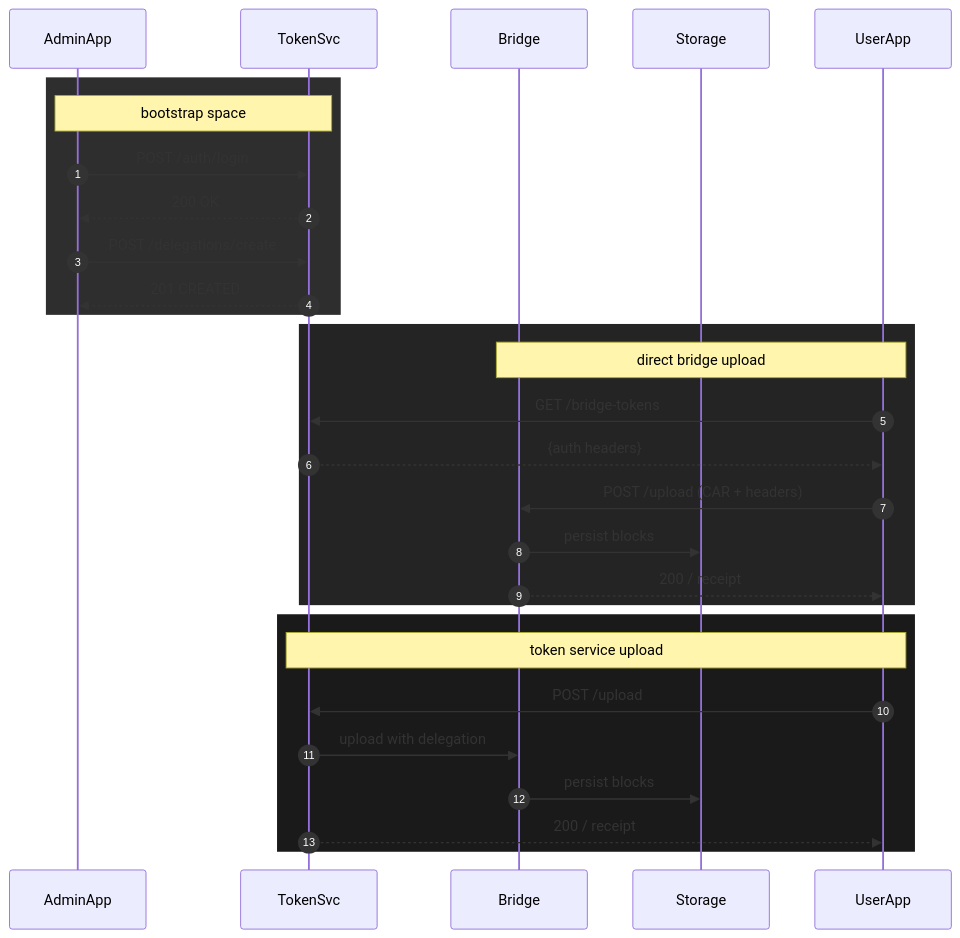
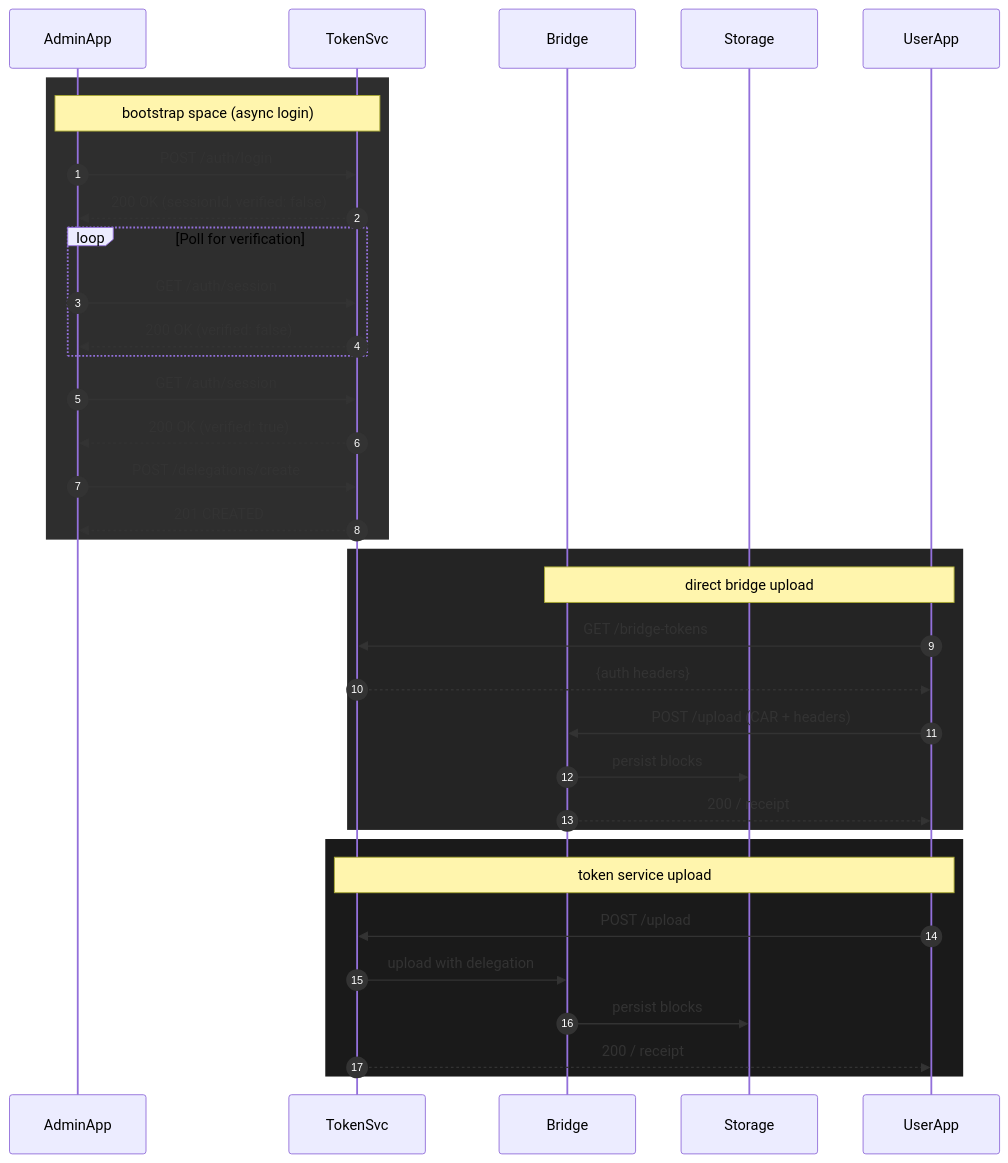
One commit to hyphacoop/save-storacha changed the second of 2 diagrams in README.md. Above: the diagram before and after it, drawn with Mermaid. The commit also changed other lines of this file, not shown here.

Commit message:
Clarify API documentation for asynchronous login process, detailing session verification polling and response structures.

````diff
--- a/README.md
+++ b/README.md
@@ -150,34 +150,43 @@
 ```mermaid
 sequenceDiagram
     autonumber
     participant AdminApp
     participant TokenSvc
     participant Bridge
     participant Storage
     participant UserApp
 
     rect rgb(46,46,46)
-        note over AdminApp,TokenSvc: bootstrap space
+        note over AdminApp,TokenSvc: bootstrap space (async login)
         AdminApp->>TokenSvc: POST /auth/login
-        TokenSvc-->>AdminApp: 200 OK
+        TokenSvc-->>AdminApp: 200 OK (sessionId, verified: false)
+        
+        loop Poll for verification
+            AdminApp->>TokenSvc: GET /auth/session
+            TokenSvc-->>AdminApp: 200 OK (verified: false)
+        end
+
+        AdminApp->>TokenSvc: GET /auth/session
+        TokenSvc-->>AdminApp: 200 OK (verified: true)
+
         AdminApp->>TokenSvc: POST /delegations/create
         TokenSvc-->>AdminApp: 201 CREATED
     end
 
     rect rgb(36,36,36)
         note over UserApp,Bridge: direct bridge upload
         UserApp ->> TokenSvc: GET /bridge-tokens
         TokenSvc-->>UserApp: {auth headers}
         UserApp ->> Bridge: POST /upload (CAR + headers)
         Bridge  ->> Storage: persist blocks
         Bridge  -->> UserApp: 200 / receipt
     end
 
     rect rgb(26,26,26)
         note over UserApp,TokenSvc: token service upload
         UserApp ->> TokenSvc: POST /upload
         TokenSvc ->> Bridge: upload with delegation
         Bridge  ->> Storage: persist blocks
         TokenSvc -->> UserApp: 200 / receipt
     end
 ```
````
